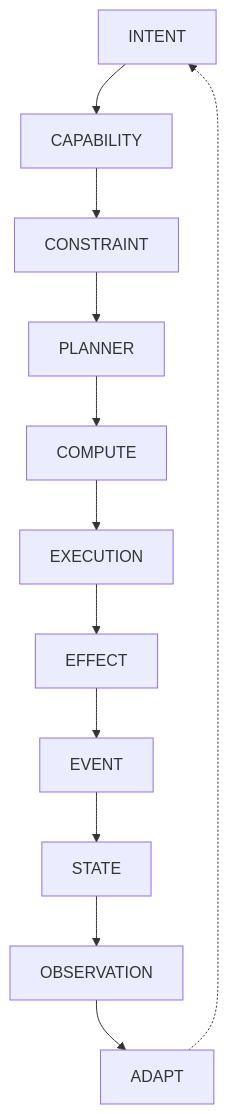
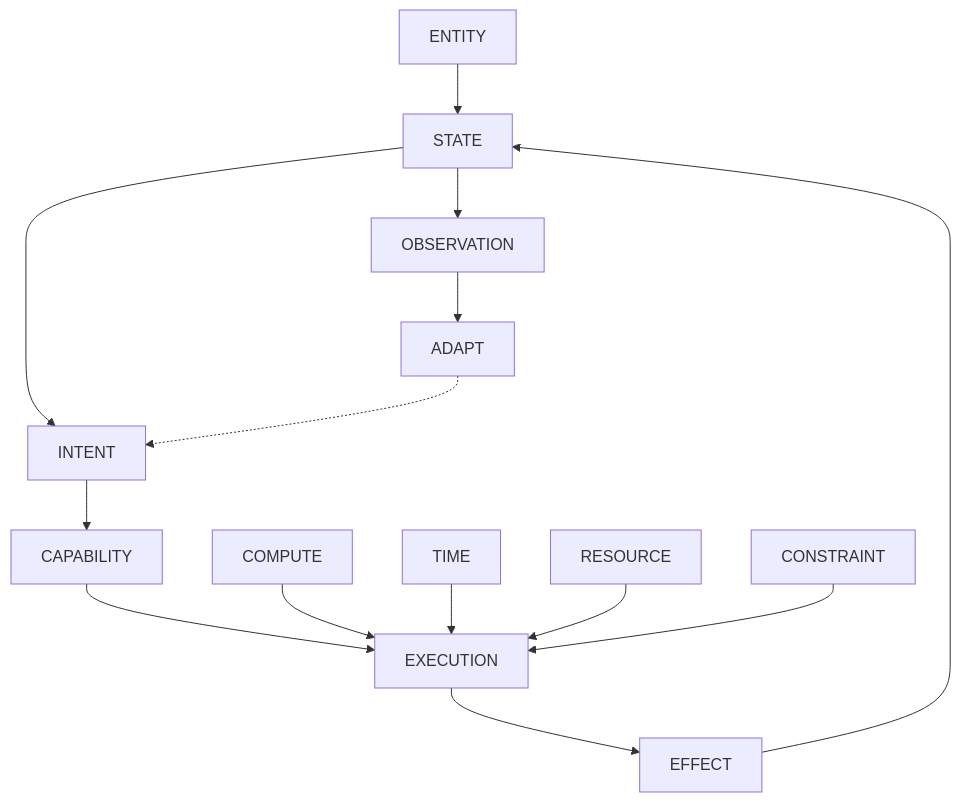
One commit to helderperez-dev/voodoo changed diagram 12 of 24 in ROADMAP.md. Above: the diagram before and after it, drawn with Mermaid. The commit also changed other lines of this file and 24 other files, not shown here.

````diff
--- a/ROADMAP.md
+++ b/ROADMAP.md
@@ -1100,14 +1171,18 @@
 ```mermaid
 flowchart TD
+    ENTITY --> STATE
+    STATE --> INTENT
     INTENT --> CAPABILITY
-    CAPABILITY --> CONSTRAINT
-    CONSTRAINT --> PLANNER
-    PLANNER --> COMPUTE
+    CAPABILITY --> EXECUTION
+
     COMPUTE --> EXECUTION
+    TIME --> EXECUTION
+    RESOURCE --> EXECUTION
+    CONSTRAINT --> EXECUTION
+
     EXECUTION --> EFFECT
-    EFFECT --> EVENT
-    EVENT --> STATE
+    EFFECT --> STATE
     STATE --> OBSERVATION
     OBSERVATION --> ADAPT
     ADAPT -.-> INTENT
 ```
````
